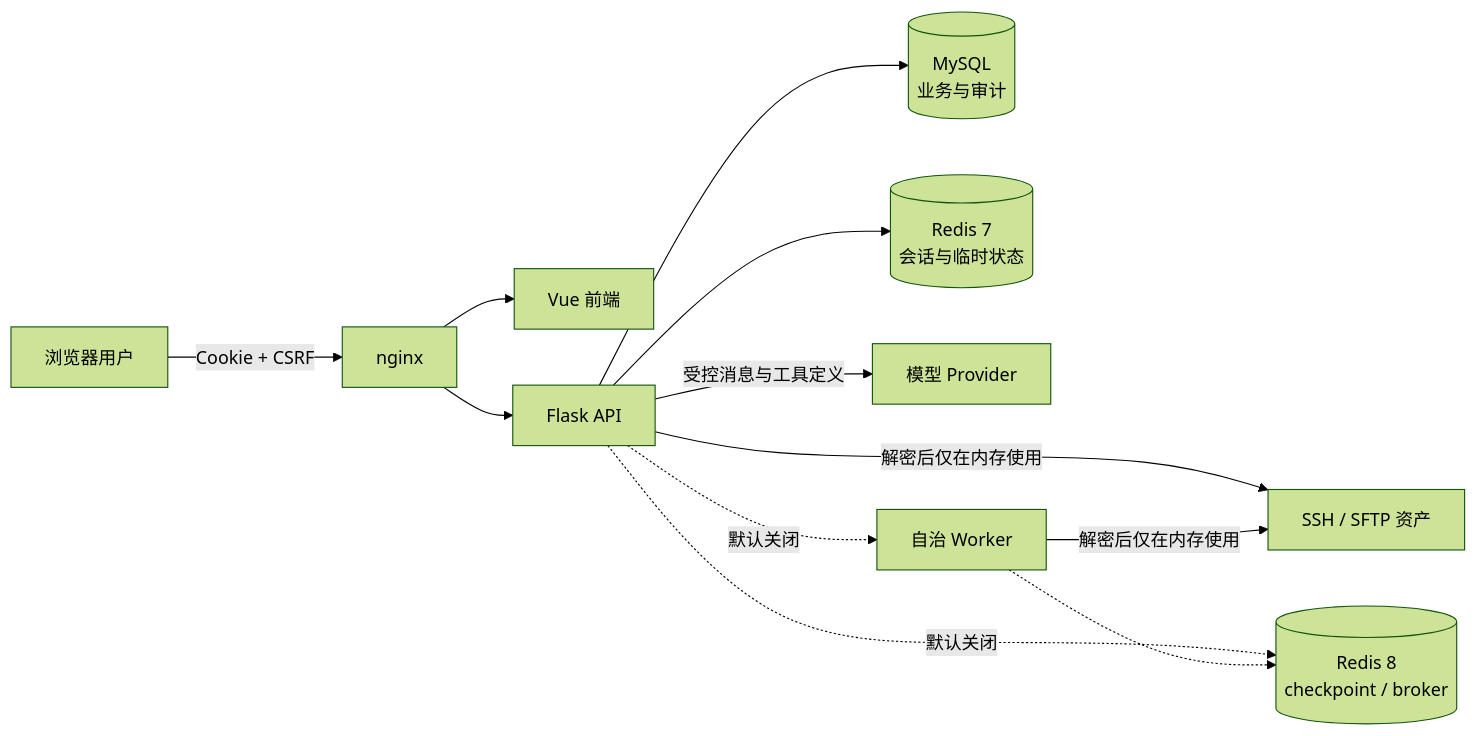
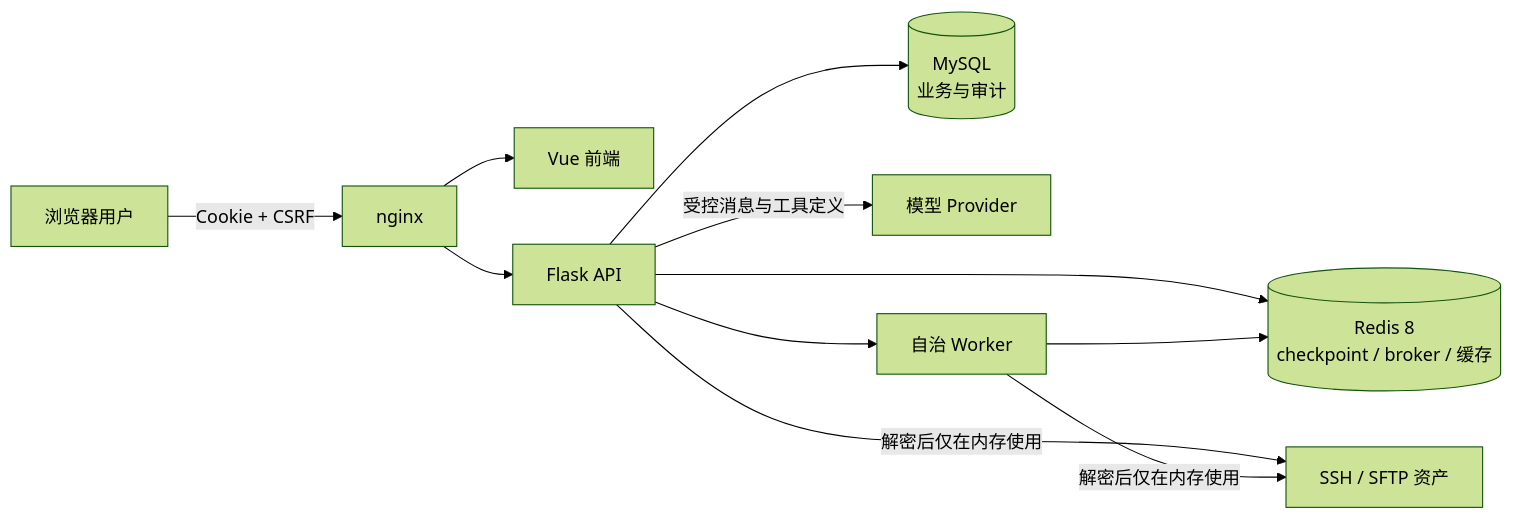
Before and after one commit to OrangeServers/OrangeServer: the first of 2 diagrams in docs/architecture/TRUST_BOUNDARIES.md, drawn with Mermaid (forest theme). The commit also changed other lines of this file and 82 other files, not shown here.

````diff
--- a/docs/architecture/TRUST_BOUNDARIES.md
+++ b/docs/architecture/TRUST_BOUNDARIES.md
@@ -8,14 +8,13 @@
 ```mermaid
 flowchart LR
     User["浏览器用户"] -->|"Cookie + CSRF"| Proxy["nginx"]
     Proxy --> Web["Vue 前端"]
     Proxy --> API["Flask API"]
     API --> DB[("MySQL\n业务与审计")]
-    API --> Cache[("Redis 7\n会话与临时状态")]
+    API --> Cache[("Redis 8\ncheckpoint / broker / 缓存")]
     API -->|"解密后仅在内存使用"| SSH["SSH / SFTP 资产"]
     API -->|"受控消息与工具定义"| LLM["模型 Provider"]
-    API -.->|"默认关闭"| AutoRedis[("Redis 8\ncheckpoint / broker")]
-    API -.->|"默认关闭"| Worker["自治 Worker"]
-    Worker -.-> AutoRedis
+    API --> Worker["自治 Worker"]
+    Worker --> Cache
     Worker -->|"解密后仅在内存使用"| SSH
 ```
````
